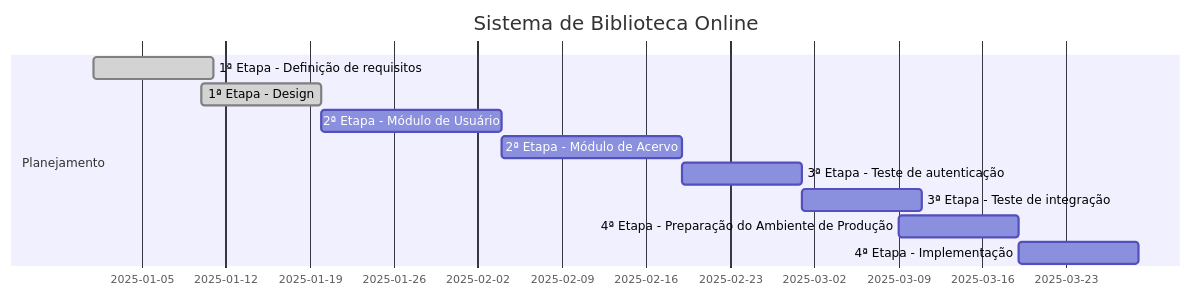
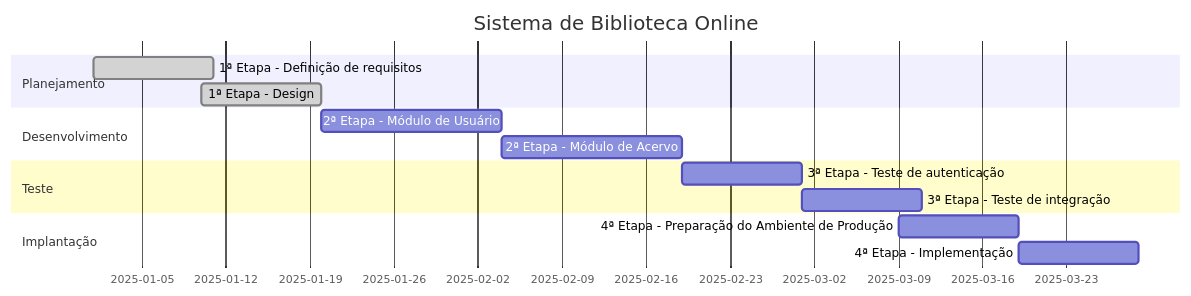
Before and after one commit to larissatoyohashi/grafico-gantt: the fifth of 5 diagrams in README.md, drawn with Mermaid.

````diff
--- a/README.md
+++ b/README.md
@@ -84,16 +84,22 @@
 ```mermaid
 gantt
 title Sistema de Biblioteca Online
 dateFormat YYYY-MM-DD
 section Planejamento
 
 1ª Etapa - Definição de requisitos:done, 2025-01-01, 10d
 1ª Etapa - Design :done, 2025-01-10, 10d
+
+section Desenvolvimento
 2ª Etapa - Módulo de Usuário:active pa, 2025-01-20, 15d
 2ª Etapa - Módulo de Acervo:active pa, 2025-02-04, 15d
+
+section Teste
 3ª Etapa - Teste de autenticação: pt, 2025-02-19, 10d
 3ª Etapa - Teste de integração: pt, 2025-02-29, 10d
+
+section Implantação
 4ª Etapa - Preparação do Ambiente de Produção: pt, 2025-03-09, 10d
 4ª Etapa - Implementação: pt, 2025-03-19, 10d
 
 ```
````
